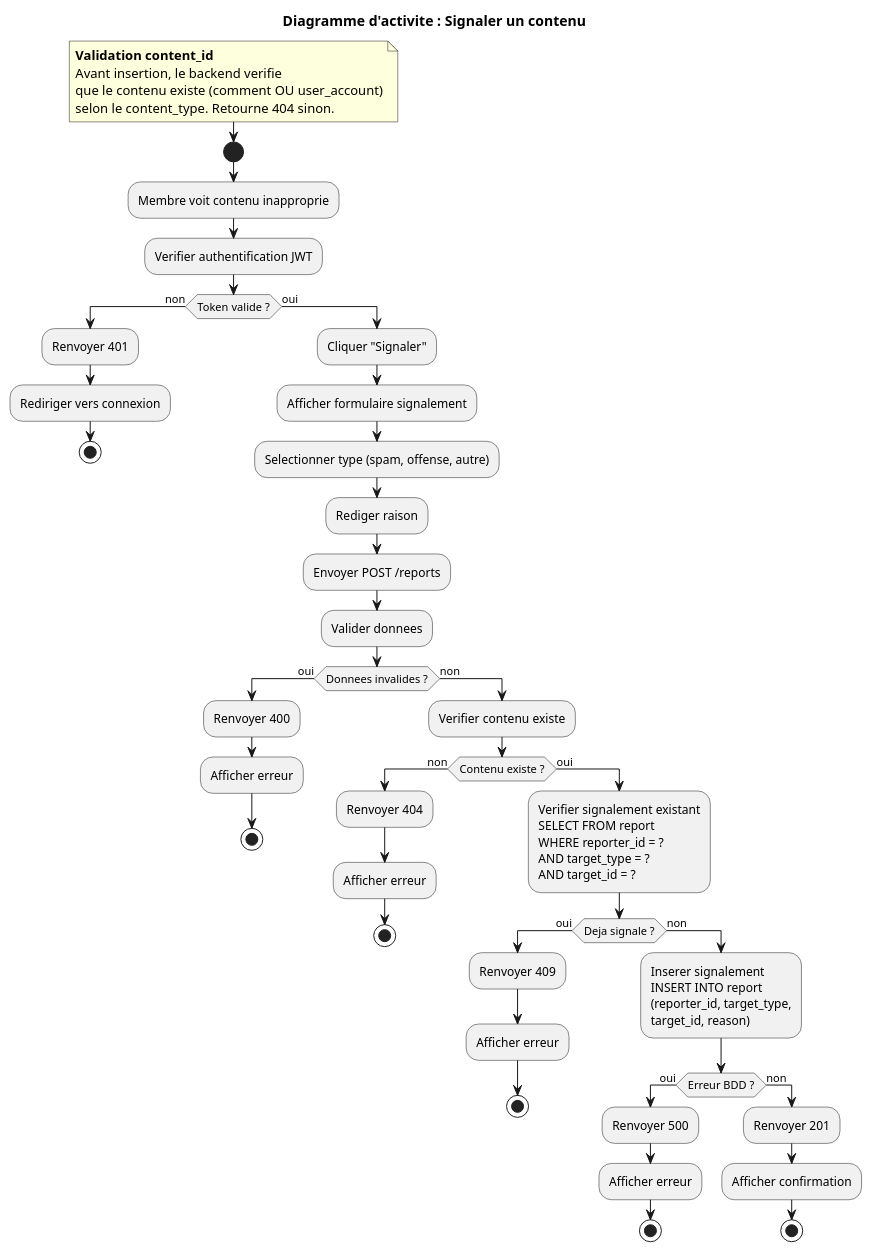
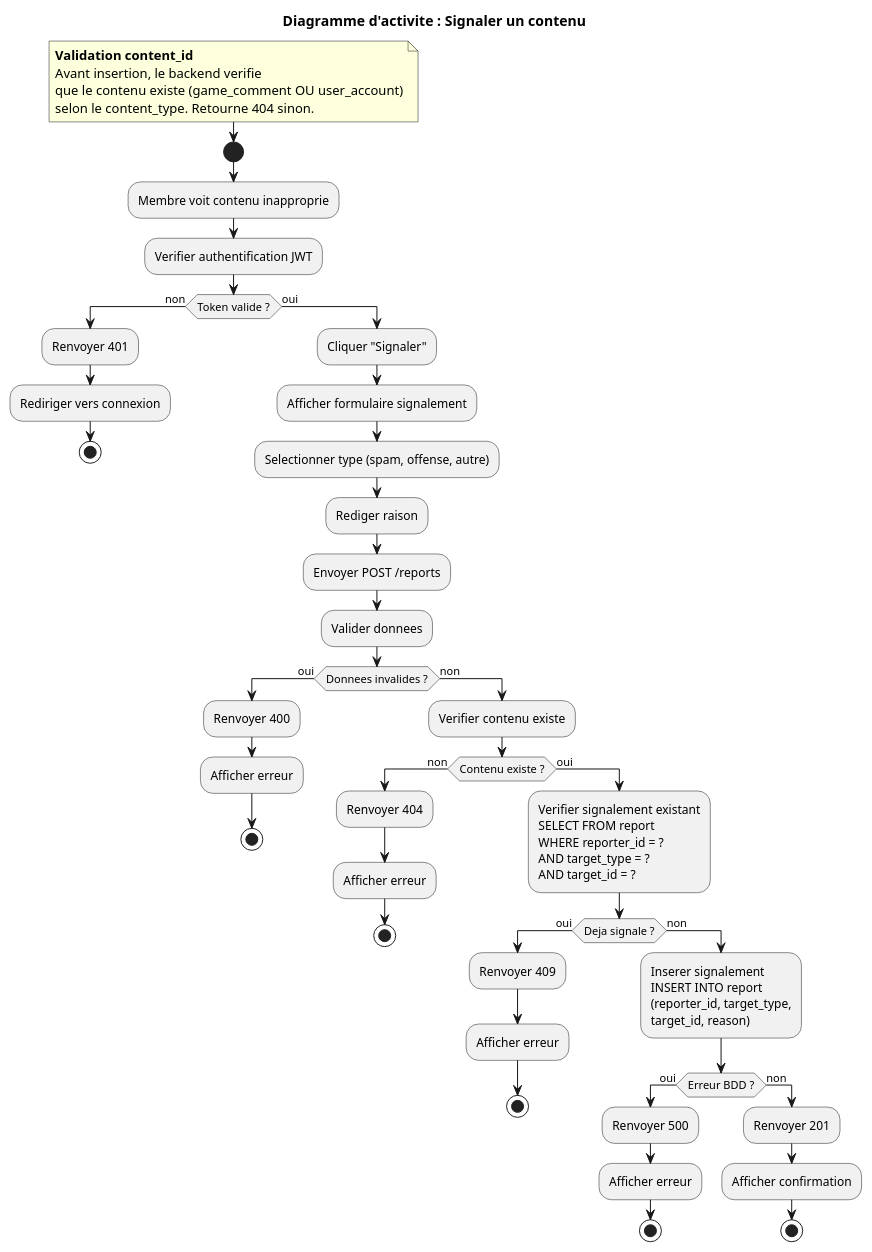
Before and after one commit to Zodiarche/MyGameList: the diagram in uml/activity/report-content.puml, drawn with PlantUML. The commit also changed 52 other files, not shown here.

Commit message:
Ajout de tests BDD + ajustements des diagrammes selon le MPD

```diff
--- a/uml/activity/report-content.puml
+++ b/uml/activity/report-content.puml
@@ -1,69 +1,69 @@
 @startuml Activity_SignalerContenu
 title Diagramme d'activite : Signaler un contenu
 
 note right
   **Validation content_id**
   Avant insertion, le backend verifie
-  que le contenu existe (comment OU user_account)
+  que le contenu existe (game_comment OU user_account)
   selon le content_type. Retourne 404 sinon.
 end note
 
 start
 
 :Membre voit contenu inapproprie;
 
 :Verifier authentification JWT;
 
 if (Token valide ?) then (non)
   :Renvoyer 401;
   :Rediriger vers connexion;
   stop
 else (oui)
   :Cliquer "Signaler";
 
   :Afficher formulaire signalement;
 
   :Selectionner type (spam, offense, autre);
 
   :Rediger raison;
 
   :Envoyer POST /reports;
 
   :Valider donnees;
 
   if (Donnees invalides ?) then (oui)
     :Renvoyer 400;
     :Afficher erreur;
     stop
   else (non)
     :Verifier contenu existe;
 
     if (Contenu existe ?) then (non)
       :Renvoyer 404;
       :Afficher erreur;
       stop
     else (oui)
       :Verifier signalement existant\nSELECT FROM report\nWHERE reporter_id = ?\nAND target_type = ?\nAND target_id = ?;
 
       if (Deja signale ?) then (oui)
         :Renvoyer 409;
         :Afficher erreur;
         stop
       else (non)
         :Inserer signalement\nINSERT INTO report\n(reporter_id, target_type,\ntarget_id, reason);
 
         if (Erreur BDD ?) then (oui)
           :Renvoyer 500;
           :Afficher erreur;
           stop
         else (non)
           :Renvoyer 201;
           :Afficher confirmation;
           stop
         endif
       endif
     endif
   endif
 endif
 
 @enduml
```
